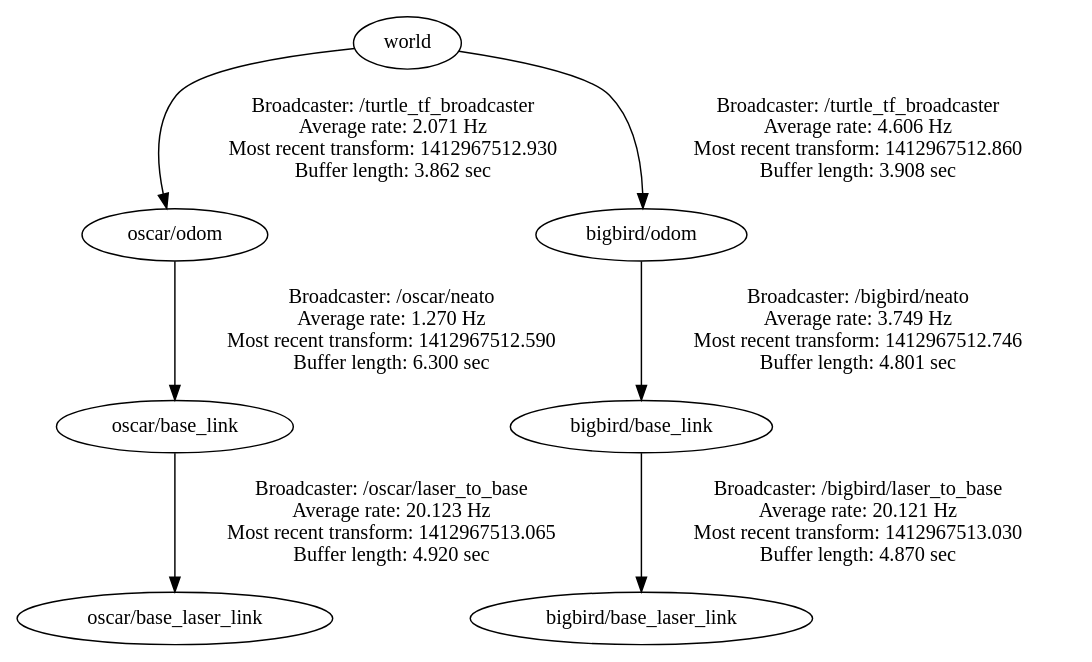
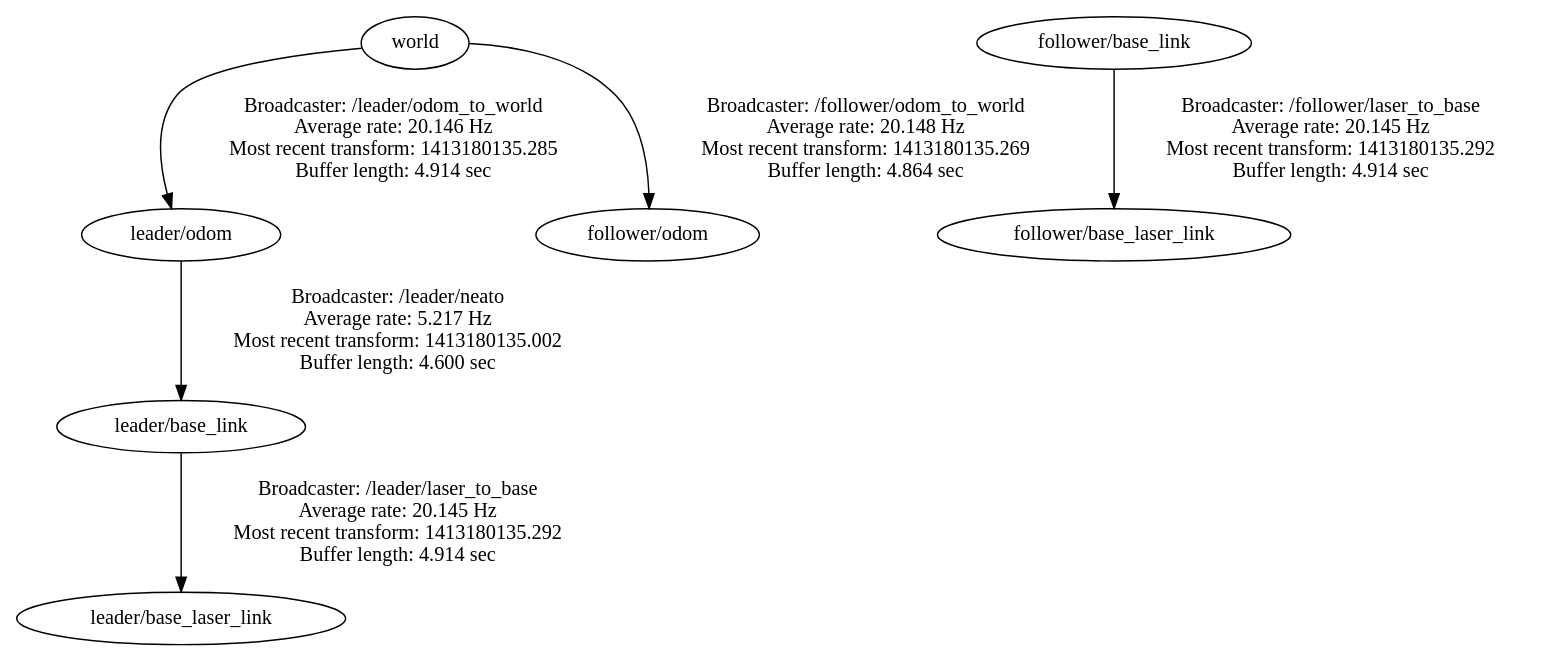
The diagram in frames.gv (srli/NeatoHorde), drawn with Graphviz before and after one commit. The commit also changed 7 other files, not shown here.

```diff
--- a/frames.gv
+++ b/frames.gv
@@ -1,8 +1,7 @@
 digraph G {
-"oscar/base_link" -> "oscar/base_laser_link"[label="Broadcaster: /oscar/laser_to_base\nAverage rate: 20.123 Hz\nMost recent transform: 1412967513.065 \nBuffer length: 4.920 sec\n"];
-"oscar/odom" -> "oscar/base_link"[label="Broadcaster: /oscar/neato\nAverage rate: 1.270 Hz\nMost recent transform: 1412967512.590 \nBuffer length: 6.300 sec\n"];
-"bigbird/base_link" -> "bigbird/base_laser_link"[label="Broadcaster: /bigbird/laser_to_base\nAverage rate: 20.121 Hz\nMost recent transform: 1412967513.030 \nBuffer length: 4.870 sec\n"];
-"bigbird/odom" -> "bigbird/base_link"[label="Broadcaster: /bigbird/neato\nAverage rate: 3.749 Hz\nMost recent transform: 1412967512.746 \nBuffer length: 4.801 sec\n"];
-"world" -> "bigbird/odom"[label="Broadcaster: /turtle_tf_broadcaster\nAverage rate: 4.606 Hz\nMost recent transform: 1412967512.860 \nBuffer length: 3.908 sec\n"];
-"world" -> "oscar/odom"[label="Broadcaster: /turtle_tf_broadcaster\nAverage rate: 2.071 Hz\nMost recent transform: 1412967512.930 \nBuffer length: 3.862 sec\n"];
+"world" -> "leader/odom"[label="Broadcaster: /leader/odom_to_world\nAverage rate: 20.146 Hz\nMost recent transform: 1413180135.285 \nBuffer length: 4.914 sec\n"];
+"leader/base_link" -> "leader/base_laser_link"[label="Broadcaster: /leader/laser_to_base\nAverage rate: 20.145 Hz\nMost recent transform: 1413180135.292 \nBuffer length: 4.914 sec\n"];
+"leader/odom" -> "leader/base_link"[label="Broadcaster: /leader/neato\nAverage rate: 5.217 Hz\nMost recent transform: 1413180135.002 \nBuffer length: 4.600 sec\n"];
+"follower/base_link" -> "follower/base_laser_link"[label="Broadcaster: /follower/laser_to_base\nAverage rate: 20.145 Hz\nMost recent transform: 1413180135.292 \nBuffer length: 4.914 sec\n"];
+"world" -> "follower/odom"[label="Broadcaster: /follower/odom_to_world\nAverage rate: 20.148 Hz\nMost recent transform: 1413180135.269 \nBuffer length: 4.864 sec\n"];
 }
```
